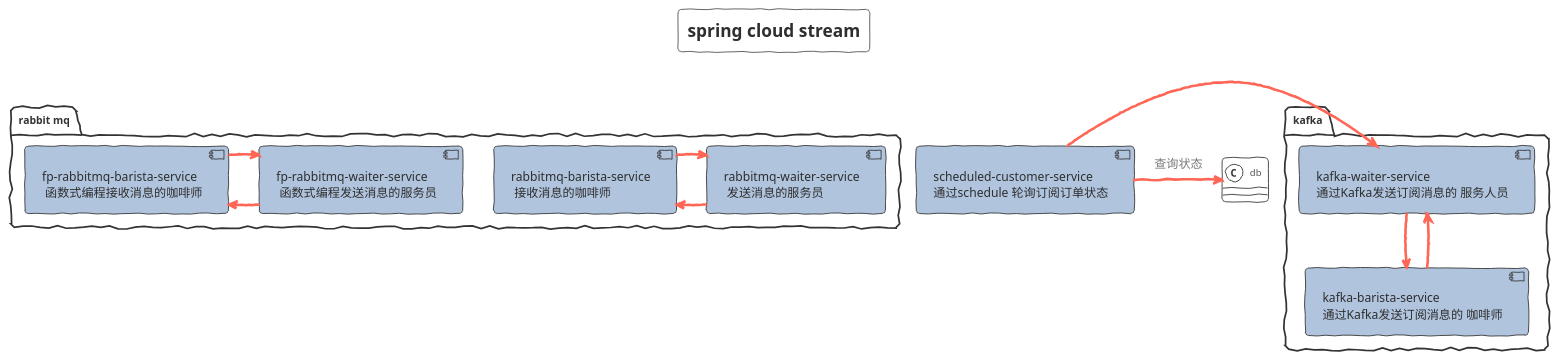
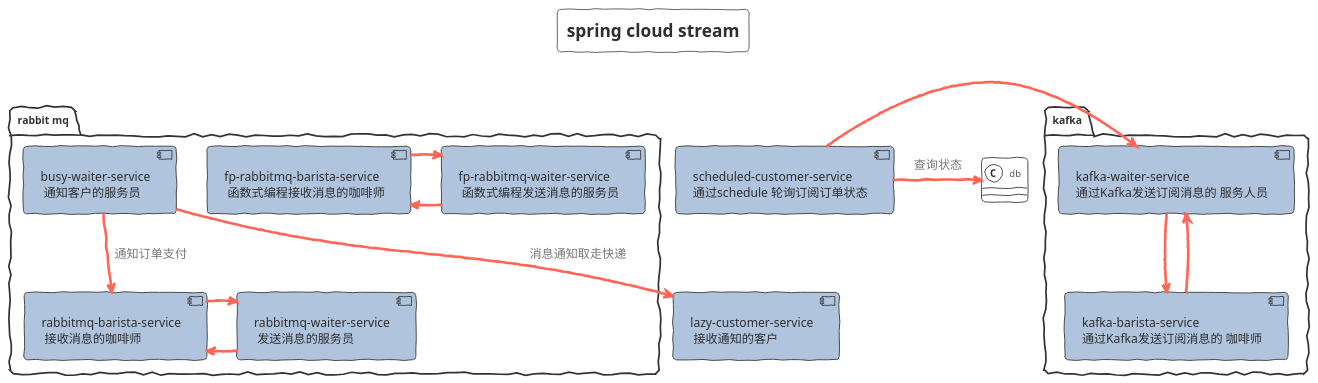
Before and after one commit to FantasybabyChange/springStudyProject: the diagram in spring-cloud-stream/Module.puml, drawn with PlantUML. The commit also changed 78 other files, not shown here.

```diff
--- a/spring-cloud-stream/Module.puml
+++ b/spring-cloud-stream/Module.puml
@@ -1,56 +1,68 @@
 @startuml SPRING_CLOUD_STREAM
 !theme sketchy-outline
 title spring cloud stream
 skinparam interface {
 }
 skinparam component {
    backgroundColor LightSteelBlue
    FontSize 14
    ArrowFontSize 14
    ArrowFontColor #777777
    ArrowColor #FF6655
 }
 
 package "rabbit mq"{
    component   rbs[
    rabbitmq-barista-service
     接收消息的咖啡师
    ]
    component rws[
    rabbitmq-waiter-service
     发送消息的服务员
    ]
    rws -> rbs
    rbs ->rws
    component   fprbs[
    fp-rabbitmq-barista-service
     函数式编程接收消息的咖啡师
    ]
    component fprws[
    fp-rabbitmq-waiter-service
     函数式编程发送消息的服务员
    ]
    fprws -> fprbs
    fprbs ->fprws
+
+   component bws[
+      busy-waiter-service
+       通知客户的服务员
+      ]
+   bws-->rbs:通知订单支付
+
 }
+component lcs[
+     lazy-customer-service
+      接收通知的客户
+     ]
+bws-->lcs:消息通知取走快递
 package "kafka"{
    component kbs[
       kafka-barista-service
       通过Kafka发送订阅消息的 咖啡师
    ]
    component kws[
       kafka-waiter-service
       通过Kafka发送订阅消息的 服务人员
    ]
 }
 
 component scs[
       scheduled-customer-service
       通过schedule 轮询订阅订单状态
    ]
 scs->kws
 kws -->kbs
 kbs-->kws
 scs ->db:查询状态
 
 @enduml
```
